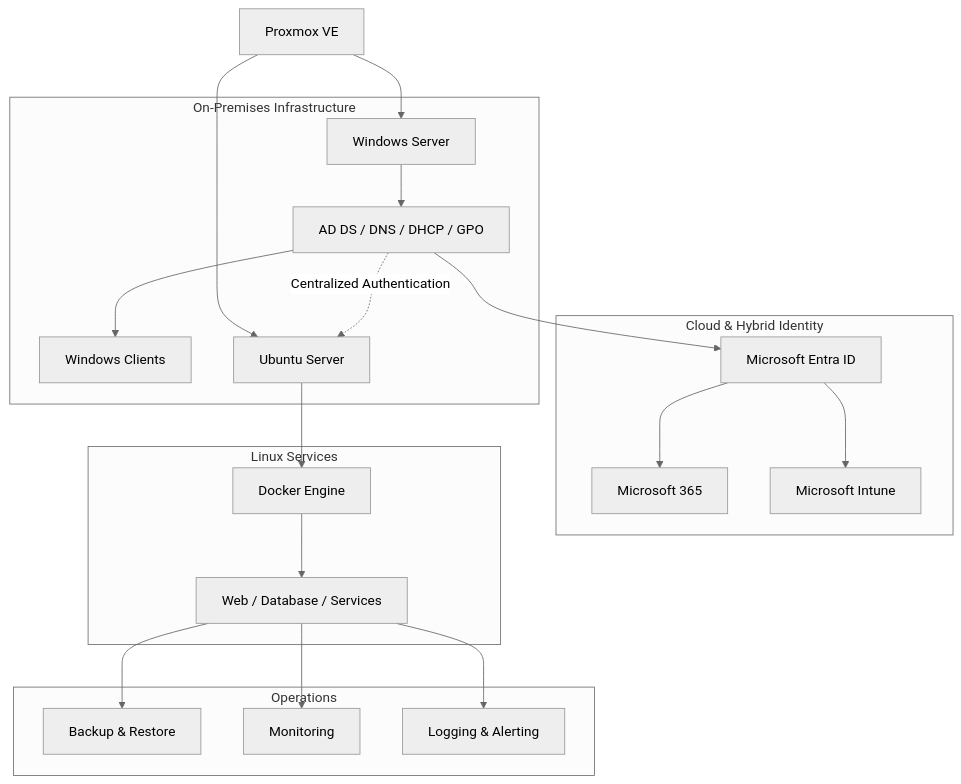
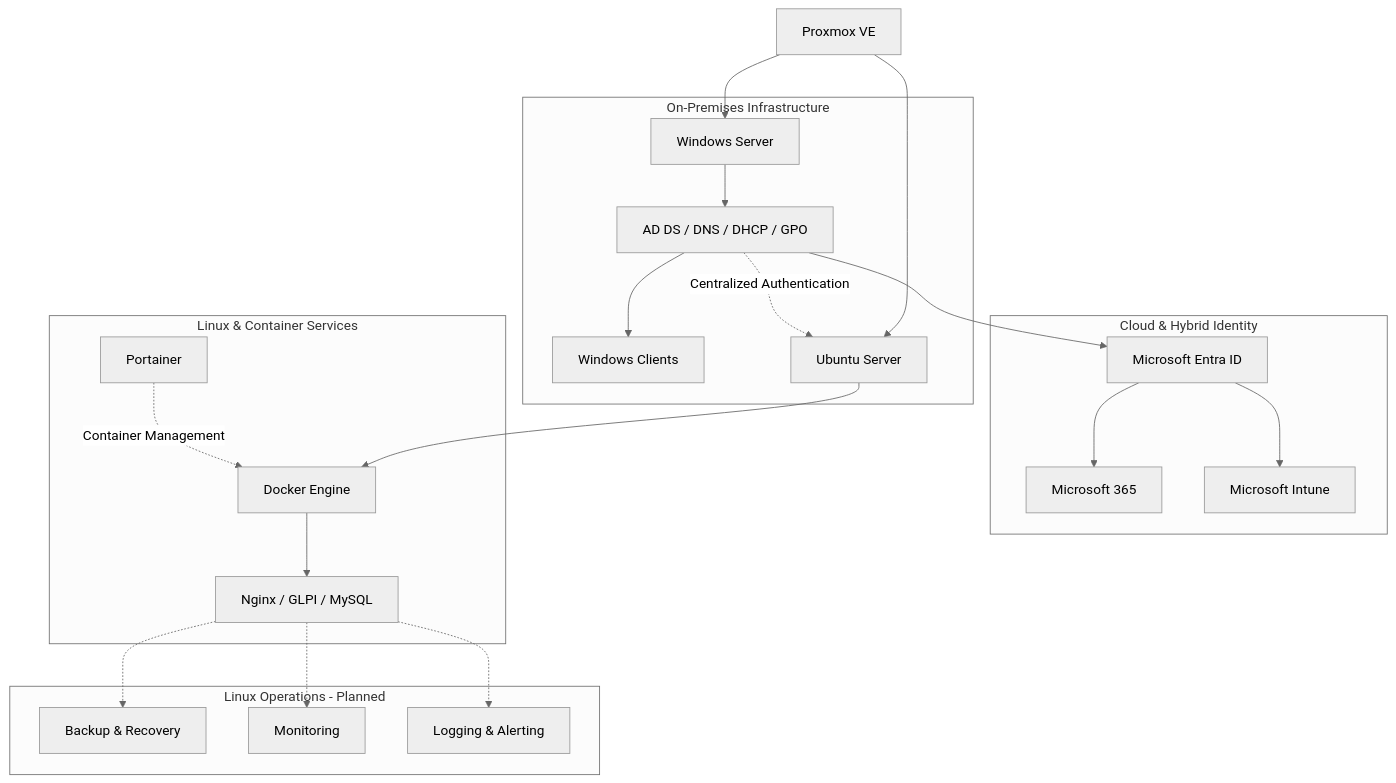
One commit to ali-turkoglu/IT-HomeLab-Journey changed the diagram in README.md. Above: the diagram before and after it, drawn with Mermaid (neutral theme). The commit also changed other lines of this file, not shown here.

Commit message:
Complete Part 4 and update project details in README
Updated the README to reflect the completion of Part 4 on Docker & Containers, revised project descriptions, and clarified the current focus and next steps regarding IT support and troubleshooting scenarios using GLPI.

````diff
--- a/README.md
+++ b/README.md
@@ -39,48 +39,50 @@
 ```mermaid
 flowchart TB
 
-    PVE[Proxmox VE]
+    PVE["Proxmox VE"]
 
-    subgraph ONPREM[On-Premises Infrastructure]
-        WS[Windows Server]
-        AD[AD DS / DNS / DHCP / GPO]
-        CLIENTS[Windows Clients]
-        UBUNTU[Ubuntu Server]
+    subgraph ONPREM["On-Premises Infrastructure"]
+        WS["Windows Server"]
+        AD["AD DS / DNS / DHCP / GPO"]
+        CLIENTS["Windows Clients"]
+        UBUNTU["Ubuntu Server"]
     end
 
-    subgraph CLOUD[Cloud & Hybrid Identity]
-        ENTRA[Microsoft Entra ID]
-        M365[Microsoft 365]
-        INTUNE[Microsoft Intune]
+    subgraph CLOUD["Cloud & Hybrid Identity"]
+        ENTRA["Microsoft Entra ID"]
+        M365["Microsoft 365"]
+        INTUNE["Microsoft Intune"]
     end
 
-    subgraph SERVICES[Linux Services]
-        DOCKER[Docker Engine]
-        CONTAINERS[Web / Database / Services]
+    subgraph SERVICES["Linux & Container Services"]
+        DOCKER["Docker Engine"]
+        PORTAINER["Portainer"]
+        CONTAINERS["Nginx / GLPI / MySQL"]
     end
 
-    subgraph OPERATIONS[Operations]
-        BACKUP[Backup & Restore]
-        MONITORING[Monitoring]
-        LOGGING[Logging & Alerting]
+    subgraph OPERATIONS["Linux Operations - Planned"]
+        BACKUP["Backup & Recovery"]
+        MONITORING["Monitoring"]
+        LOGGING["Logging & Alerting"]
     end
 
     PVE --> WS
     PVE --> UBUNTU
 
     WS --> AD
     AD --> CLIENTS
 
     AD --> ENTRA
     ENTRA --> M365
     ENTRA --> INTUNE
 
-    AD -. Centralized Authentication .-> UBUNTU
+    AD -.->|"Centralized Authentication"| UBUNTU
 
     UBUNTU --> DOCKER
     DOCKER --> CONTAINERS
+    PORTAINER -.->|"Container Management"| DOCKER
 
-    CONTAINERS --> BACKUP
-    CONTAINERS --> MONITORING
-    CONTAINERS --> LOGGING
+    CONTAINERS -.-> BACKUP
+    CONTAINERS -.-> MONITORING
+    CONTAINERS -.-> LOGGING
 ```
````
